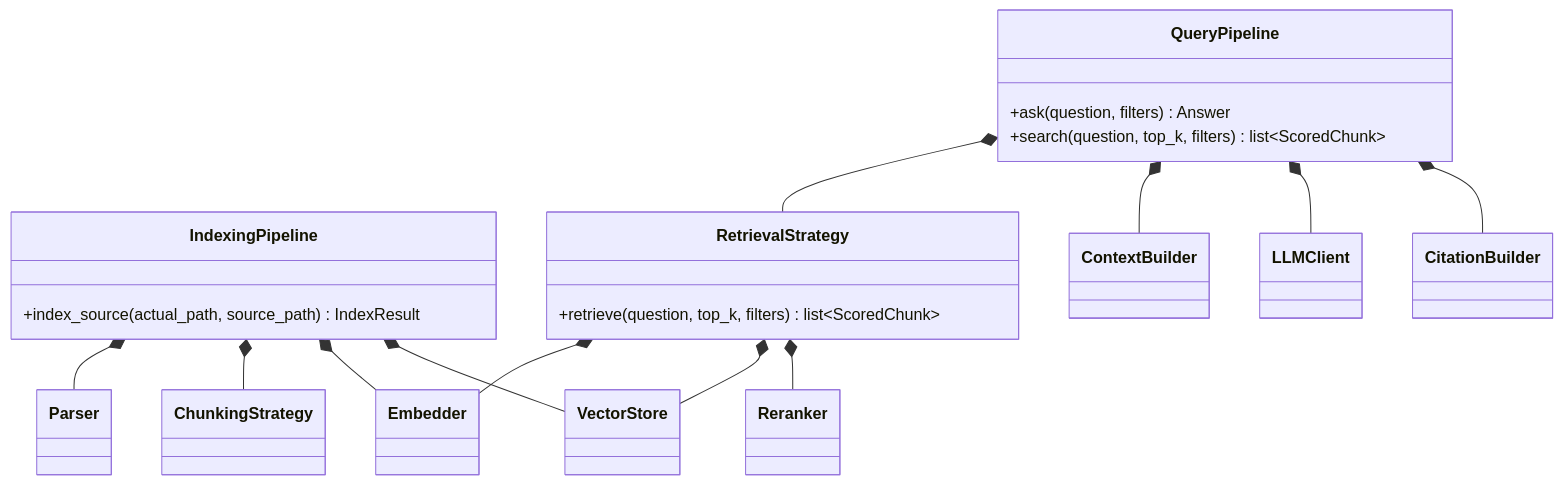
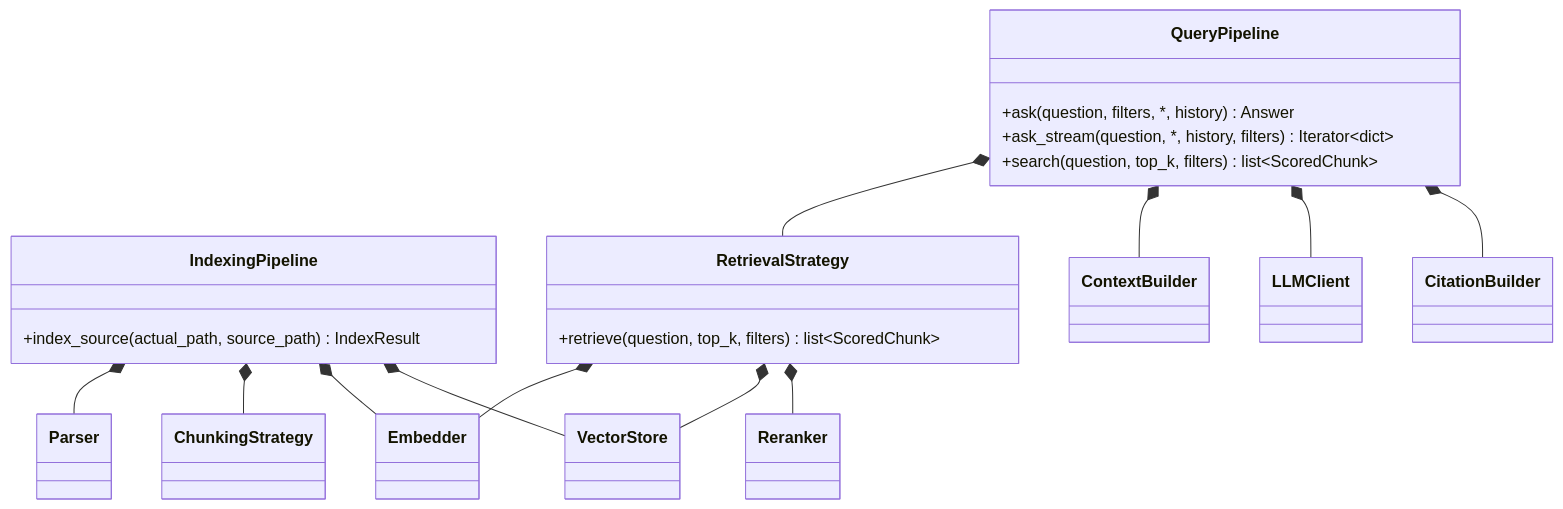
One commit to biplovbhandari/earthrise-book-assistant changed the third of 6 diagrams in system-design/architecture_contracts.md. Above: the diagram before and after it, drawn with Mermaid. The commit also changed other lines of this file and 2 other files, not shown here.

Commit message:
Update architecture docs and README for /chat endpoint and widget

````diff
--- a/system-design/architecture_contracts.md
+++ b/system-design/architecture_contracts.md
@@ -101,29 +100,30 @@
 ```mermaid
 classDiagram
   class IndexingPipeline {
     +index_source(actual_path, source_path) IndexResult
   }
 
   class QueryPipeline {
-    +ask(question, filters) Answer
+    +ask(question, filters, *, history) Answer
+    +ask_stream(question, *, history, filters) Iterator~dict~
     +search(question, top_k, filters) list~ScoredChunk~
   }
 
   class RetrievalStrategy {
     +retrieve(question, top_k, filters) list~ScoredChunk~
   }
 
   IndexingPipeline *-- Parser
   IndexingPipeline *-- ChunkingStrategy
   IndexingPipeline *-- Embedder
   IndexingPipeline *-- VectorStore
 
   QueryPipeline *-- RetrievalStrategy
   QueryPipeline *-- ContextBuilder
   QueryPipeline *-- LLMClient
   QueryPipeline *-- CitationBuilder
 
   RetrievalStrategy *-- Embedder
   RetrievalStrategy *-- VectorStore
   RetrievalStrategy *-- Reranker
 ```
````
